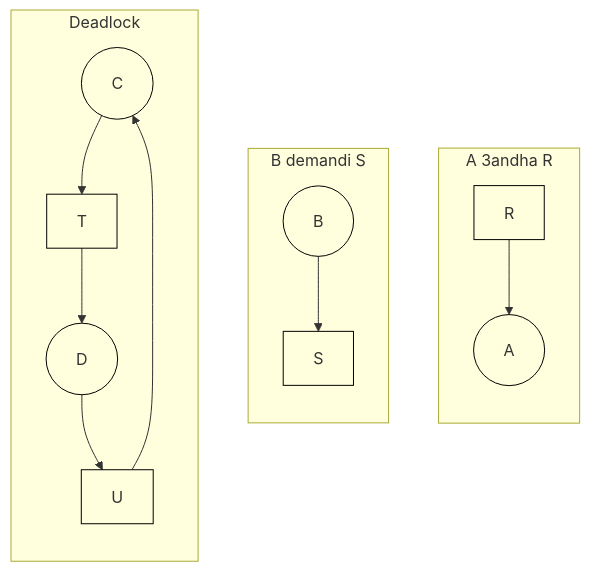
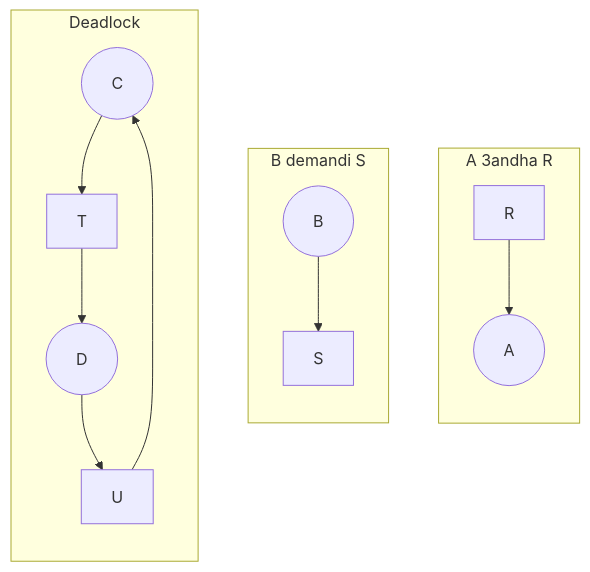
One commit to Raougah/Fih-Portal changed the diagram in content/SEXP2/Cours/SEXPCHAPITRE5.md. Above: the diagram before and after it, drawn with Mermaid. The commit also changed 2 other files, not shown here.

Commit message:
cours ta3 RI nichan

````diff
--- a/content/SEXP2/Cours/SEXPCHAPITRE5.md
+++ b/content/SEXP2/Cours/SEXPCHAPITRE5.md
@@ -9,24 +9,16 @@
 ```mermaid  
 graph BT
 	
 	subgraph "A 3andha R" 
 	R[R] --> A((&nbsp;&nbsp;&nbsp;&nbsp;&nbsp;A&nbsp;&nbsp;&nbsp;&nbsp;&nbsp;)) 
 	end 
 	subgraph "B demandi S" 
 	B((&nbsp;&nbsp;&nbsp;&nbsp;&nbsp;B&nbsp;&nbsp;&nbsp;&nbsp;&nbsp;)) --> S[S] 
 	end 
 	subgraph "Deadlock" 
 	C((&nbsp;&nbsp;&nbsp;&nbsp;&nbsp;C&nbsp;&nbsp;&nbsp;&nbsp;&nbsp;)) --> T[T] 
 	T --> D((&nbsp;&nbsp;&nbsp;&nbsp;&nbsp;D&nbsp;&nbsp;&nbsp;&nbsp;&nbsp;)) 
 	D --> U[U] 
 	U --> C 
 	end 
-	style A fill:none,stroke:#000
-	style R fill:none,stroke:#000
-	style B fill:none,stroke:#000 
-	style S fill:none,stroke:#000 
-	style D fill:none,stroke:#000 
-	style U fill:none,stroke:#000 
-	style C fill:none,stroke:#000 
-	style T fill:none,stroke:#000
 ```
````
